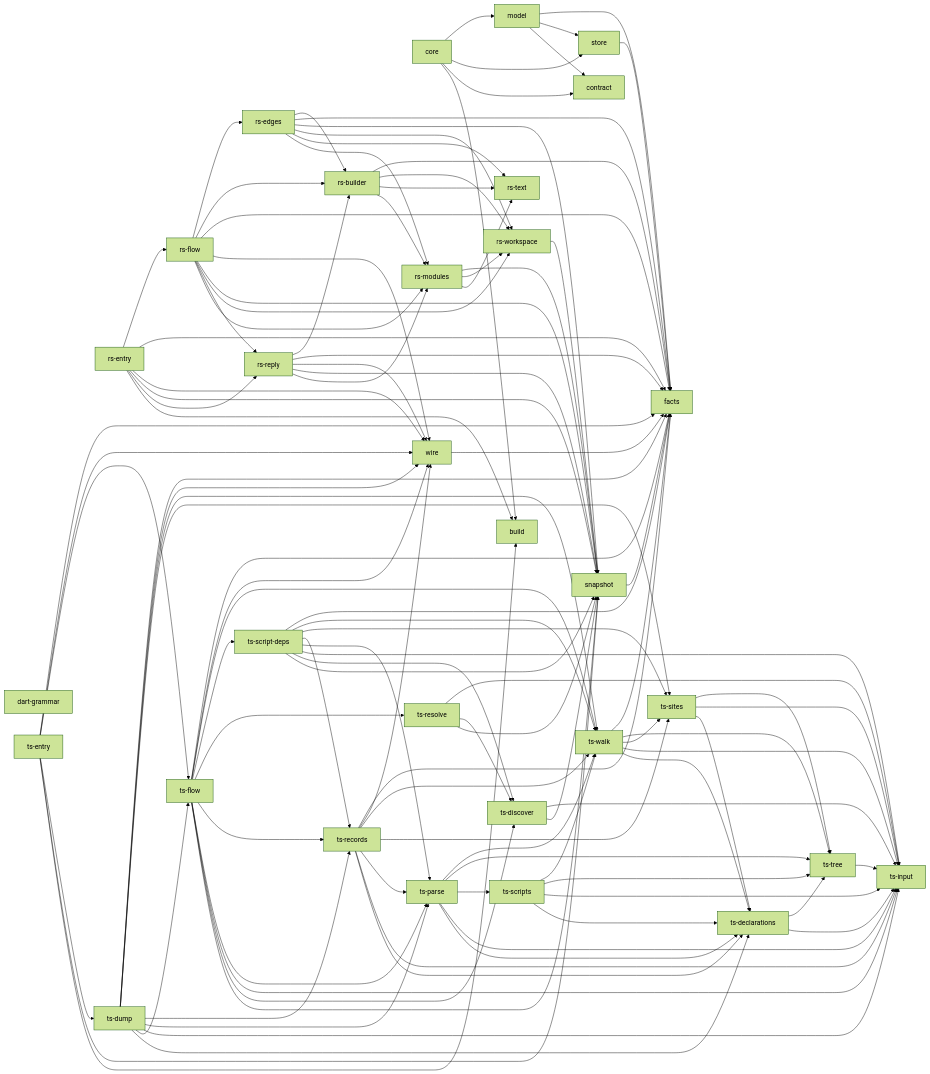
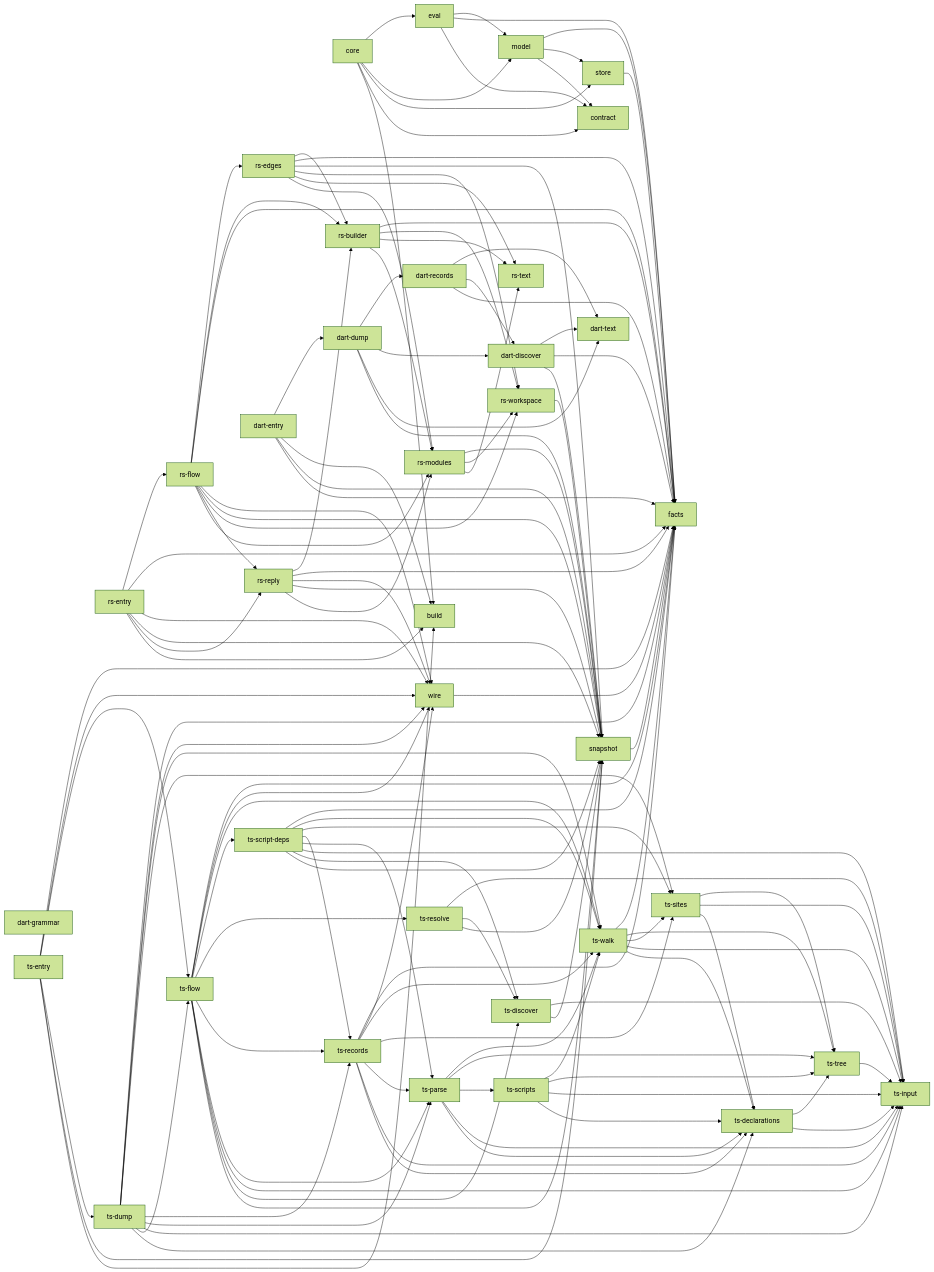
Before and after one commit to rapiddweller/archkeel: the diagram in docs/architecture/native.md, drawn with Mermaid (forest theme). The commit also changed other lines of this file and 48 other files, not shown here.

````diff
--- a/docs/architecture/native.md
+++ b/docs/architecture/native.md
@@ -96,6 +105,12 @@
     n_28["ts-tree"]
     n_29["ts-walk"]
     n_30["wire"]
+    n_31["eval"]
+    n_32["dart-text"]
+    n_33["dart-discover"]
+    n_34["dart-records"]
+    n_35["dart-dump"]
+    n_36["dart-entry"]
     n_10 --> n_12
     n_10 --> n_13
     n_10 --> n_14
@@ -130,6 +145,7 @@
     n_2 --> n_1
     n_2 --> n_15
     n_2 --> n_5
+    n_2 --> n_31
     n_20 --> n_14
     n_20 --> n_17
     n_20 --> n_21
@@ -204,4 +220,21 @@
     n_9 --> n_4
     n_9 --> n_6
     n_9 --> n_7
+    n_31 --> n_1
+    n_31 --> n_4
+    n_31 --> n_5
+    n_33 --> n_14
+    n_33 --> n_4
+    n_33 --> n_32
+    n_34 --> n_4
+    n_34 --> n_33
+    n_34 --> n_32
+    n_35 --> n_14
+    n_35 --> n_32
+    n_35 --> n_33
+    n_35 --> n_34
+    n_36 --> n_4
+    n_36 --> n_14
+    n_36 --> n_0
+    n_36 --> n_35
 ```
````
